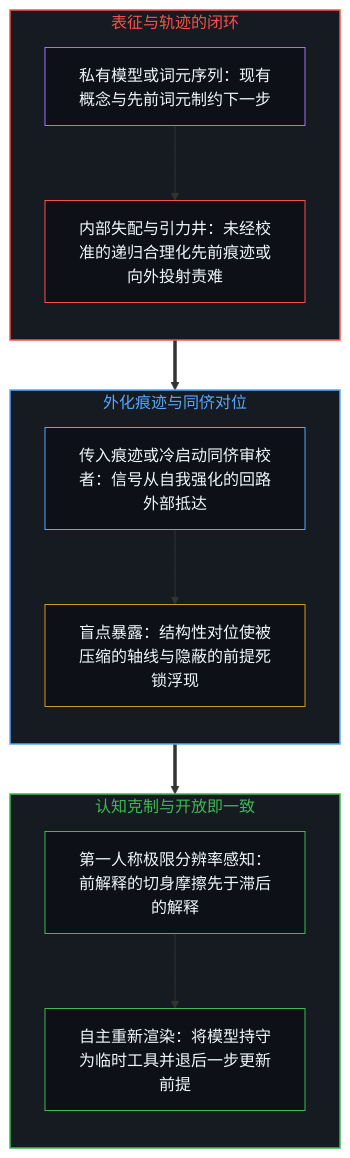
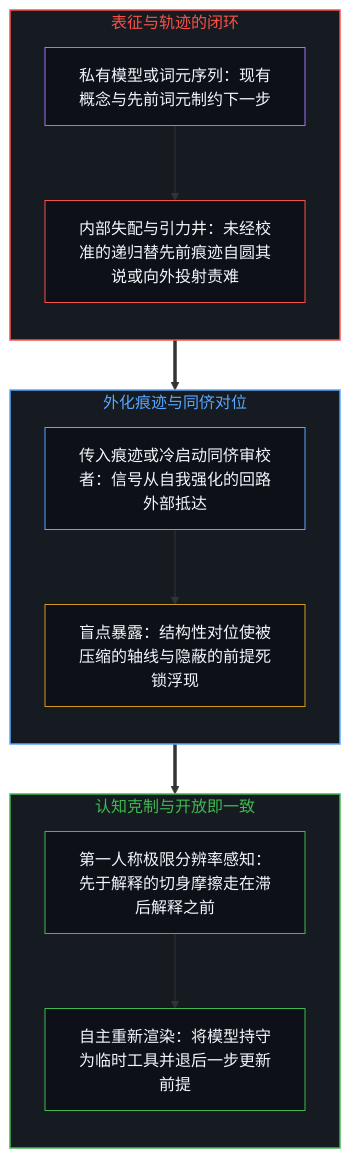
One commit to powerpig99/not-a-toe changed the first of 2 diagrams in content/posts/the-closed-loop-of-representation.md. Above: the diagram before and after it, drawn with Mermaid. The commit also changed other lines of this file and 2 other files, not shown here.

````diff
--- a/content/posts/the-closed-loop-of-representation.md
+++ b/content/posts/the-closed-loop-of-representation.md
@@ -49,32 +49,32 @@
 ```mermaid
 flowchart TD
     subgraph S_Loop["表征与轨迹的闭环"]
         direction TB
         L1["私有模型或词元序列：现有概念与先前词元制约下一步"]
-        L2["内部失配与引力井：未经校准的递归合理化先前痕迹或向外投射责难"]
+        L2["内部失配与引力井：未经校准的递归替先前痕迹自圆其说或向外投射责难"]
         L1 --> L2
     end
     subgraph S_Peer["外化痕迹与同侪对位"]
         direction TB
         P1["传入痕迹或冷启动同侪审校者：信号从自我强化的回路外部抵达"]
         P2["盲点暴露：结构性对位使被压缩的轴线与隐蔽的前提死锁浮现"]
         P1 --> P2
     end
     subgraph S_Open["认知克制与开放即一致"]
         direction TB
-        O1["第一人称极限分辨率感知：前解释的切身摩擦先于滞后的解释"]
+        O1["第一人称极限分辨率感知：先于解释的切身摩擦走在滞后解释之前"]
         O2["自主重新渲染：将模型持守为临时工具并退后一步更新前提"]
         O1 --> O2
     end
     L2 ==> P1
     P2 ==> O1
     style S_Loop fill:#161b22,stroke:#f85149,stroke-width:1.5px,color:#f85149
     style S_Peer fill:#161b22,stroke:#58a6ff,stroke-width:1.5px,color:#58a6ff
     style S_Open fill:#161b22,stroke:#3fb950,stroke-width:1.5px,color:#3fb950
     style L1 fill:#0d1117,stroke:#a371f7,stroke-width:1px,color:#f0f6fc
     style L2 fill:#0d1117,stroke:#f85149,stroke-width:1px,color:#f0f6fc
     style P1 fill:#0d1117,stroke:#58a6ff,stroke-width:1px,color:#f0f6fc
     style P2 fill:#0d1117,stroke:#d29922,stroke-width:1px,color:#f0f6fc
     style O1 fill:#0d1117,stroke:#3fb950,stroke-width:1px,color:#f0f6fc
     style O2 fill:#0d1117,stroke:#3fb950,stroke-width:1px,color:#f0f6fc
 ```
````
